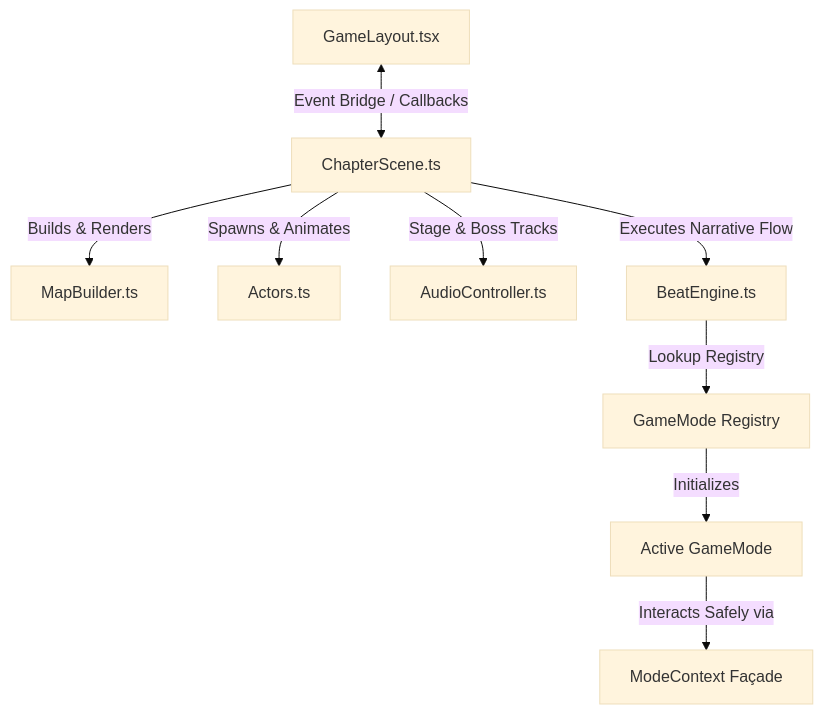
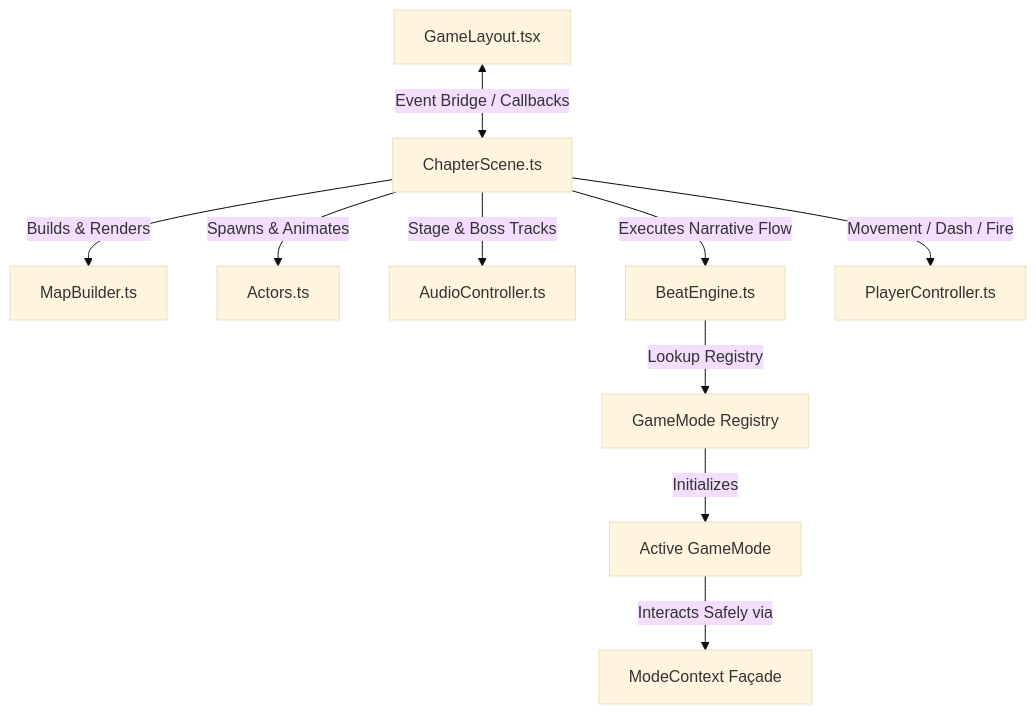
The diagram in ARCHITECTURE.md (eric-s-ai-slop/rockville-syndicate), drawn with Mermaid (base theme) before and after one commit. The commit also changed other lines of this file and 3 other files, not shown here.

````diff
--- a/ARCHITECTURE.md
+++ b/ARCHITECTURE.md
@@ -29,11 +34,12 @@
 ```mermaid
 graph TD
     ReactLayout[GameLayout.tsx] <-->|Event Bridge / Callbacks| HostScene[ChapterScene.ts]
     HostScene -->|Builds & Renders| MapB[MapBuilder.ts]
     HostScene -->|Spawns & Animates| Act[Actors.ts]
     HostScene -->|Stage & Boss Tracks| Aud[AudioController.ts]
     HostScene -->|Executes Narrative Flow| BeatEng[BeatEngine.ts]
+    HostScene -->|Movement / Dash / Fire| PC[PlayerController.ts]
     BeatEng -->|Lookup Registry| ModeReg[GameMode Registry]
     ModeReg -->|Initializes| ActiveMode[Active GameMode]
     ActiveMode -->|Interacts Safely via| Façade[ModeContext Façade]
 ```
````
